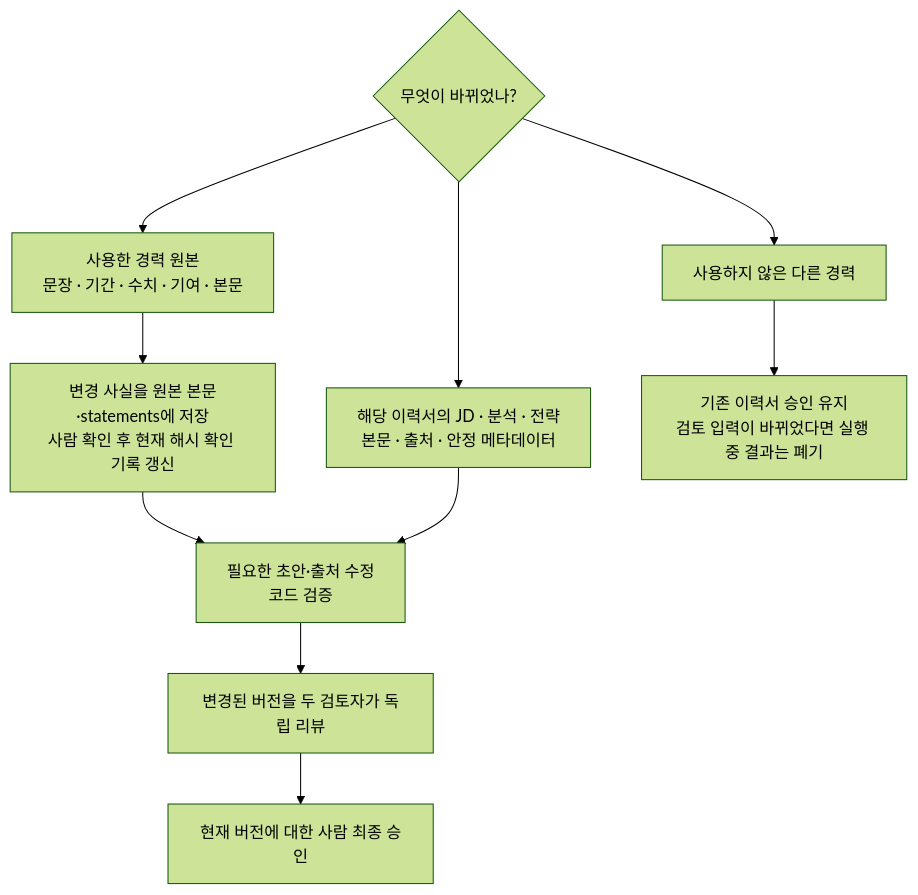
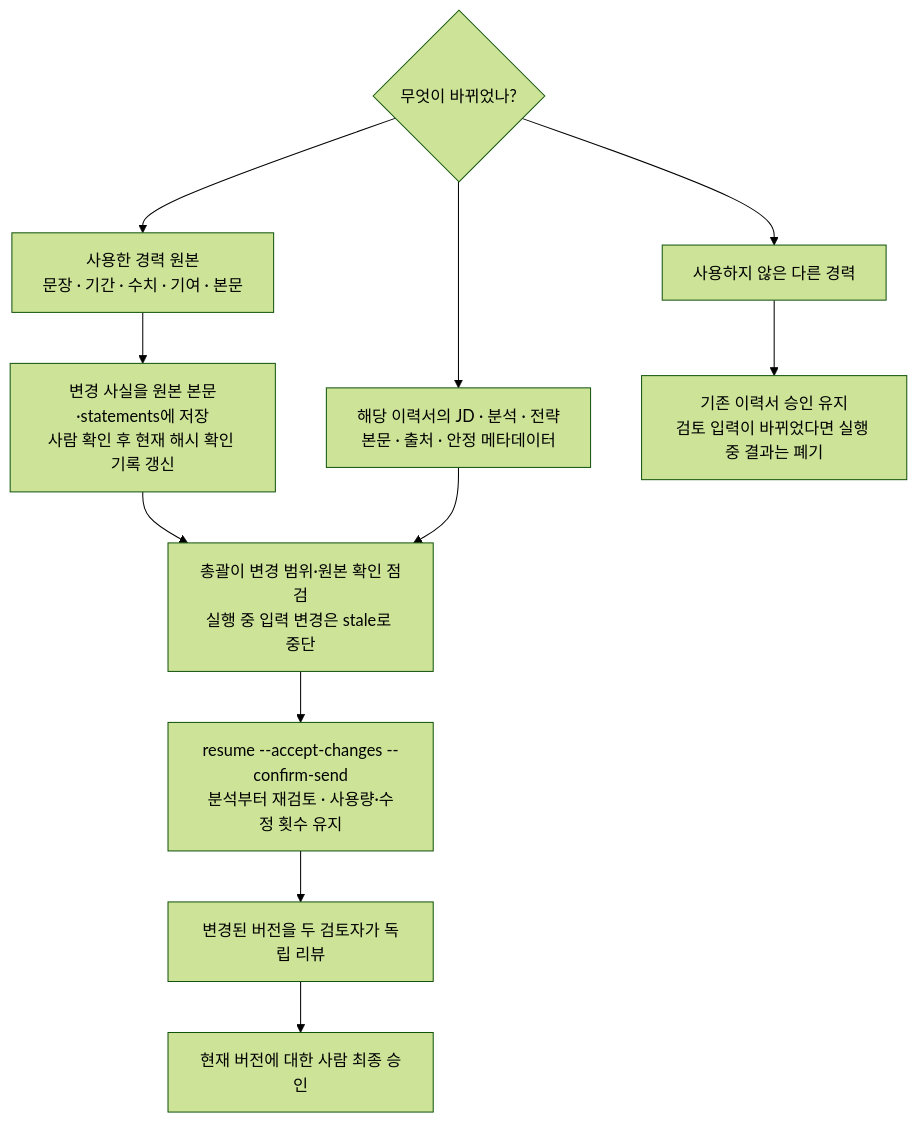
One commit to doveloper17/career-hub changed the fifth of 6 diagrams in docs/WORKFLOW.md. Above: the diagram before and after it, drawn with Mermaid (forest theme). The commit also changed other lines of this file and 78 other files, not shown here.

````diff
--- a/docs/WORKFLOW.md
+++ b/docs/WORKFLOW.md
@@ -139,17 +190,18 @@
 ```mermaid
 flowchart TD
     change{"무엇이 바뀌었나?"}
     source["사용한 경력 원본<br/>문장 · 기간 · 수치 · 기여 · 본문"]
     output["해당 이력서의 JD · 분석 · 전략<br/>본문 · 출처 · 안정 메타데이터"]
     other["사용하지 않은 다른 경력"]
     confirm["변경 사실을 원본 본문·statements에 저장<br/>사람 확인 후 현재 해시 확인 기록 갱신"]
-    draft["필요한 초안·출처 수정<br/>코드 검증"]
+    draft["총괄이 변경 범위·원본 확인 점검<br/>실행 중 입력 변경은 stale로 중단"]
+    restart["resume --accept-changes --confirm-send<br/>분석부터 재검토 · 사용량·수정 횟수 유지"]
     ai["변경된 버전을 두 검토자가 독립 리뷰"]
     human["현재 버전에 대한 사람 최종 승인"]
     keep["기존 이력서 승인 유지<br/>검토 입력이 바뀌었다면 실행 중 결과는 폐기"]
 
     change --> source --> confirm --> draft
     change --> output --> draft
     change --> other --> keep
-    draft --> ai --> human
+    draft --> restart --> ai --> human
 ```
````
